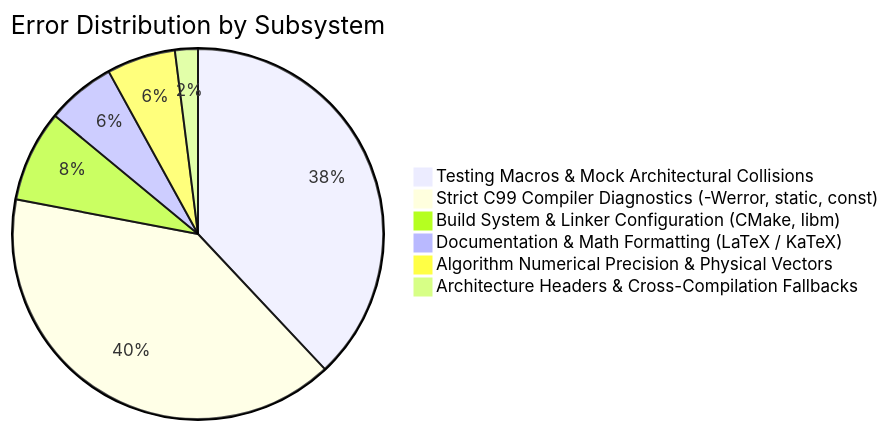
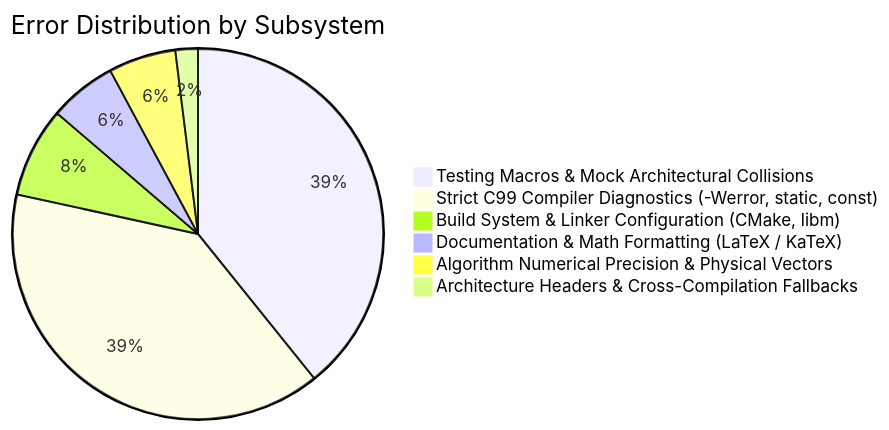
Before and after one commit to Thejus26/rain-predict: the diagram in context/errors/README.md, drawn with Mermaid. The commit also changed other lines of this file and 4 other files, not shown here.

````diff
--- a/context/errors/README.md
+++ b/context/errors/README.md
@@ -66,9 +67,9 @@
 ```mermaid
 pie title Error Distribution by Subsystem
-    "Testing Macros & Mock Architectural Collisions" : 19
+    "Testing Macros & Mock Architectural Collisions" : 20
     "Strict C99 Compiler Diagnostics (-Werror, static, const)" : 20
     "Build System & Linker Configuration (CMake, libm)" : 4
     "Documentation & Math Formatting (LaTeX / KaTeX)" : 3
     "Algorithm Numerical Precision & Physical Vectors" : 3
     "Architecture Headers & Cross-Compilation Fallbacks" : 1
 ```
````
